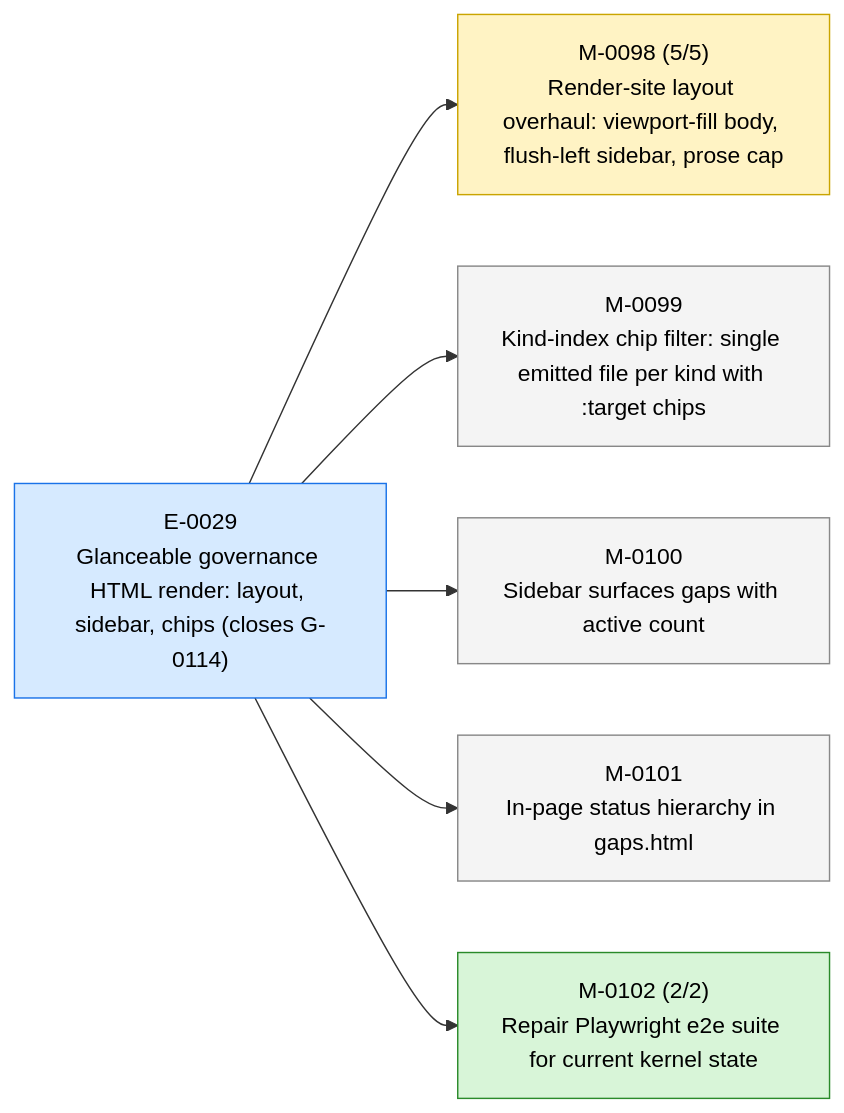
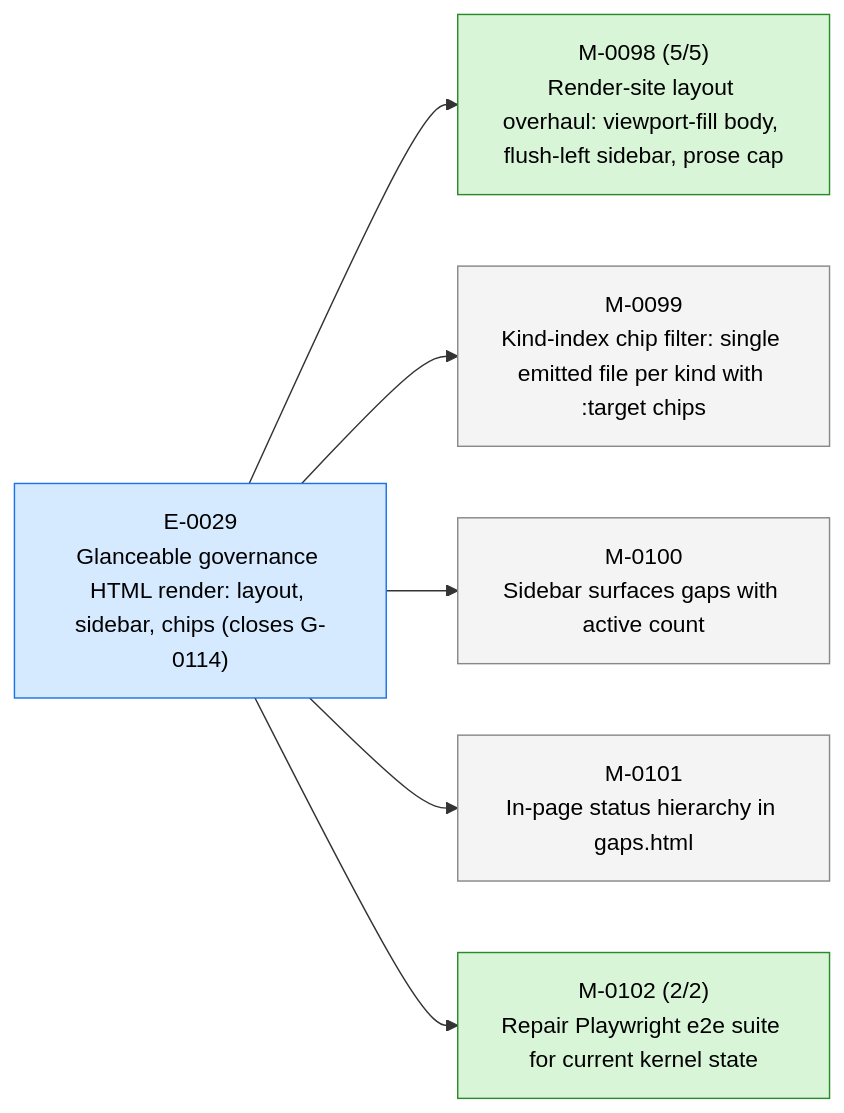
Before and after one commit to 23min/aiwf: the first of 3 diagrams in STATUS.md, drawn with Mermaid. The commit also changed other lines of this file and 1 other file, not shown here.

First line of the commit message:
aiwf promote M-0098 in_progress -> done

````diff
--- a/STATUS.md
+++ b/STATUS.md
@@ -17,20 +17,20 @@
 ```mermaid
 flowchart LR
   E_0029["E-0029<br/>Glanceable governance HTML render: layout, sidebar, chips (closes G-0114)"]:::epic_active
-  M_0098["M-0098 (5/5)<br/>Render-site layout overhaul: viewport-fill body, flush-left sidebar, prose cap"]:::ms_in_progress
+  M_0098["M-0098 (5/5)<br/>Render-site layout overhaul: viewport-fill body, flush-left sidebar, prose cap"]:::ms_done
   E_0029 --> M_0098
   M_0099["M-0099<br/>Kind-index chip filter: single emitted file per kind with :target chips"]:::ms_draft
   E_0029 --> M_0099
   M_0100["M-0100<br/>Sidebar surfaces gaps with active count"]:::ms_draft
   E_0029 --> M_0100
   M_0101["M-0101<br/>In-page status hierarchy in gaps.html"]:::ms_draft
   E_0029 --> M_0101
   M_0102["M-0102 (2/2)<br/>Repair Playwright e2e suite for current kernel state"]:::ms_done
   E_0029 --> M_0102
   classDef epic_active fill:#d6eaff,stroke:#1a73e8,color:#000
   classDef epic_proposed fill:#f4f4f4,stroke:#888,color:#000
   classDef ms_done fill:#d8f5d8,stroke:#2a8a2a,color:#000
   classDef ms_in_progress fill:#fff3c4,stroke:#caa400,color:#000
   classDef ms_draft fill:#f4f4f4,stroke:#888,color:#000
   classDef ms_cancelled fill:#fbeaea,stroke:#c33,color:#000
 ```
````
